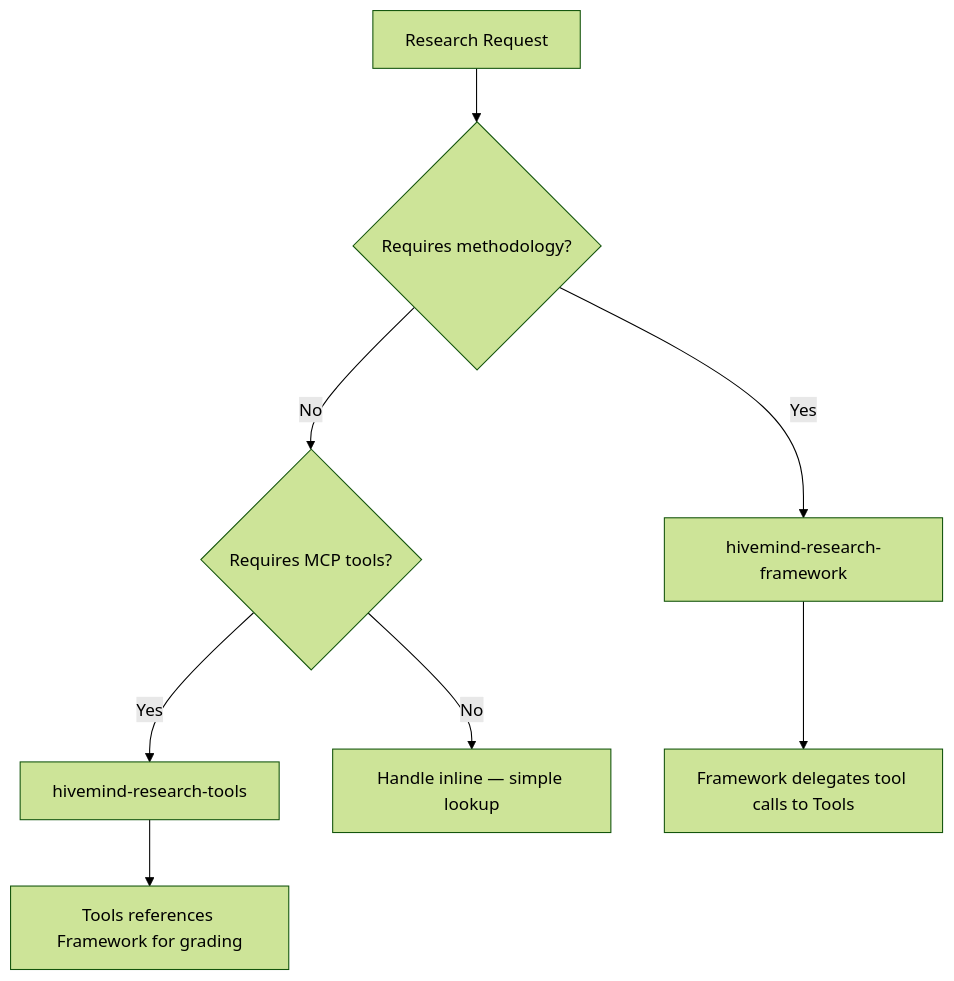
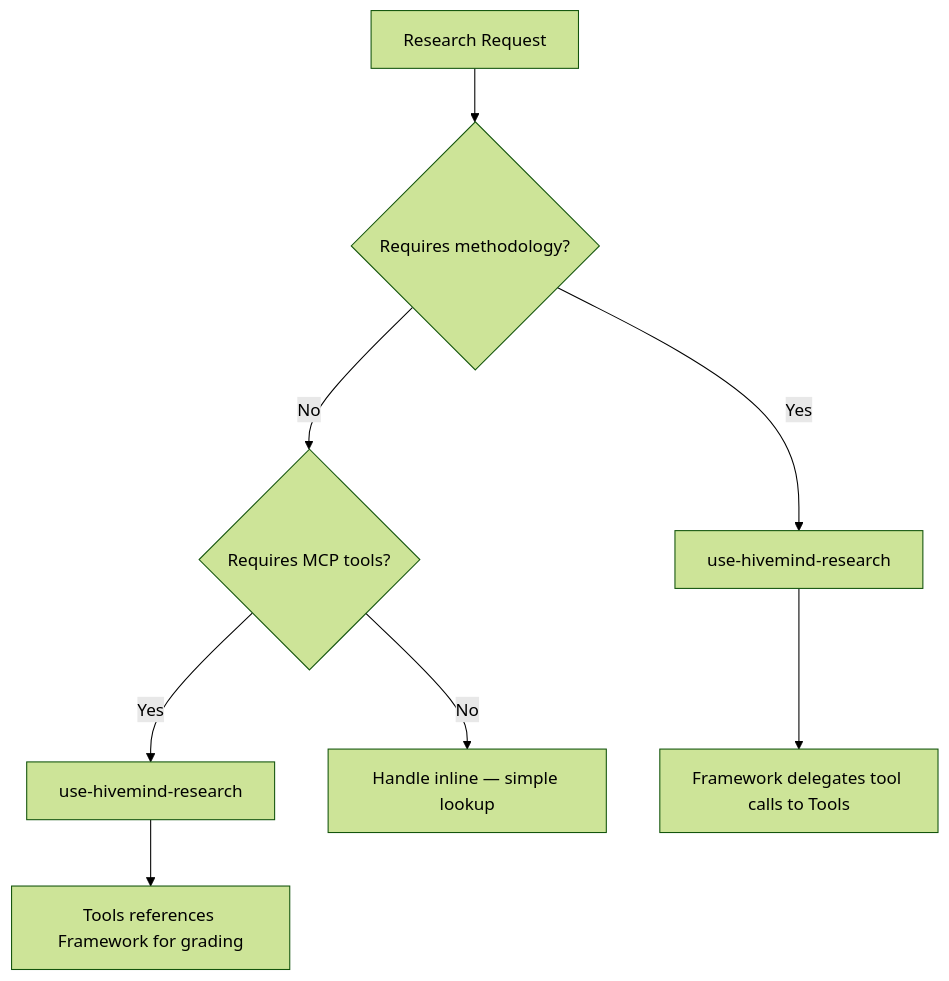
The diagram in .developing-skills/refactored-skills/use-hivemind-research/SKILL.md (shynlee04/hivemind-plugin), drawn with Mermaid (forest theme) before and after one commit. The commit also changed other lines of this file and 2 other files, not shown here.

First line of the commit message:
fix: replace stale context-intelligence-entry references with use-hivemind-context

````diff
--- a/.developing-skills/refactored-skills/use-hivemind-research/SKILL.md
+++ b/.developing-skills/refactored-skills/use-hivemind-research/SKILL.md
@@ -20,10 +20,10 @@
 ```mermaid
 flowchart TD
     A[Research Request] --> B{Requires methodology?}
-    B -->|Yes| C[hivemind-research-framework]
+    B -->|Yes| C[use-hivemind-research]
     B -->|No| D{Requires MCP tools?}
-    D -->|Yes| E[hivemind-research-tools]
+    D -->|Yes| E[use-hivemind-research]
     D -->|No| F[Handle inline — simple lookup]
     C --> G[Framework delegates tool calls to Tools]
     E --> H[Tools references Framework for grading]
 ```
````
